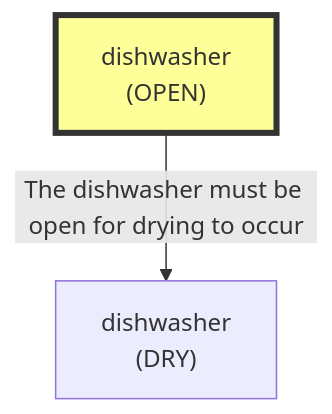
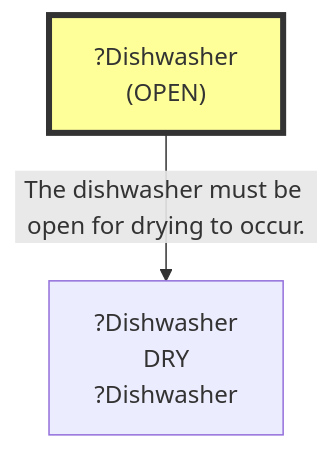
Before and after one commit to scuama/virtualhome: the sixth of 12 diagrams in evaluation/results/table2/robostate/non_stationarity/low/E_DYN_G02_S3_low/run_E_DYN_G02_S3_low.md, drawn with Mermaid. The commit also changed other lines of this file and 108 other files, not shown here.

````diff
--- a/evaluation/results/table2/robostate/non_stationarity/low/E_DYN_G02_S3_low/run_E_DYN_G02_S3_low.md
+++ b/evaluation/results/table2/robostate/non_stationarity/low/E_DYN_G02_S3_low/run_E_DYN_G02_S3_low.md
@@ -1087,7 +450,7 @@
 ```mermaid
 graph TD
-    N1["dishwasher<br>(OPEN)"]
+    N1["?Dishwasher<br>(OPEN)"]
     style N1 fill:#ff9,stroke:#333,stroke-width:4px
-    N2["dishwasher<br>(DRY)"]
-    N1 -->|"The dishwasher must be open for drying to occur"| N2
+    N2["?Dishwasher<br>DRY<br>?Dishwasher"]
+    N1 -->|"The dishwasher must be open for drying to occur."| N2
 ```
````
